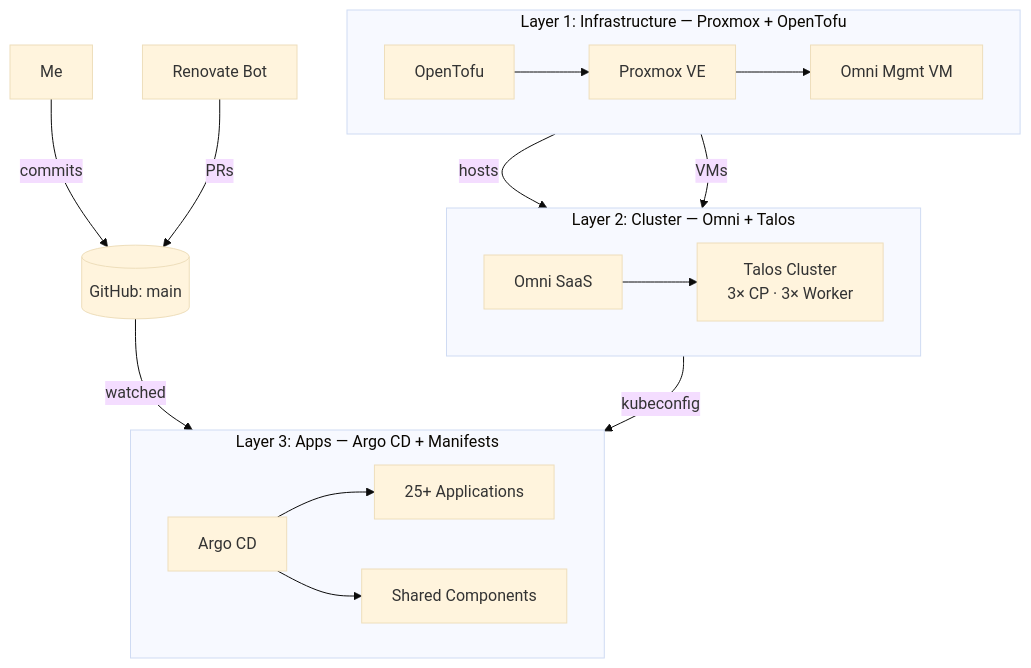
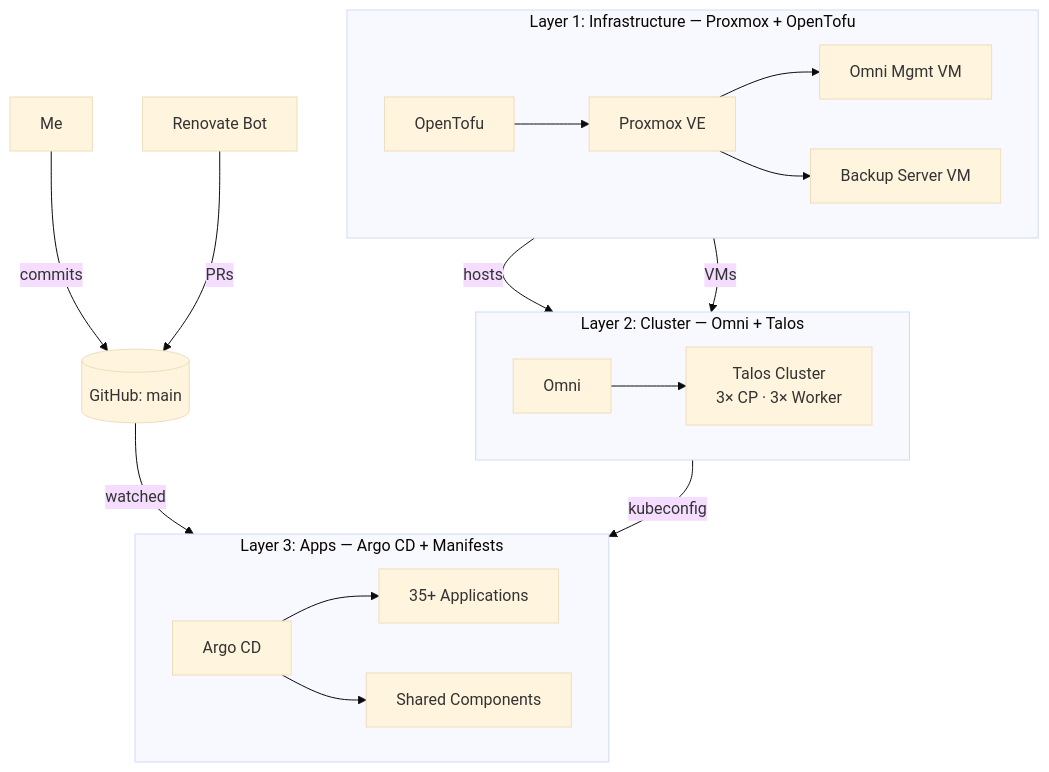
The first of 2 diagrams in README.md (alexander-zimmermann/lares), drawn with Mermaid (base theme) before and after one commit. The commit also changed other lines of this file, not shown here.

````diff
--- a/README.md
+++ b/README.md
@@ -92,37 +92,39 @@
 ```mermaid
 flowchart TB
     subgraph L3["Layer 3: Apps — Argo CD + Manifests"]
         direction LR
         argo[Argo CD]
-        apps[25+ Applications]
+        apps[35+ Applications]
         components[Shared Components]
         argo --> apps
         argo --> components
     end
     subgraph L2["Layer 2: Cluster — Omni + Talos"]
         direction LR
-        omni[Omni SaaS]
+        omni[Omni]
         talos[Talos Cluster<br/>3× CP · 3× Worker]
         omni --> talos
     end
     subgraph L1["Layer 1: Infrastructure — Proxmox + OpenTofu"]
         direction LR
         tofu[OpenTofu]
         pve[Proxmox VE]
         mgmt[Omni Mgmt VM]
+        pbs[Backup Server VM]
         tofu --> pve
         pve --> mgmt
+        pve --> pbs
     end
 
     L1 -- VMs --> L2
     L2 -- kubeconfig --> L3
 
     renovate[Renovate Bot]
     me[Me]
     repo[(GitHub: main)]
 
     me -- commits --> repo
     renovate -- PRs --> repo
     repo -- watched --> argo
     mgmt -- hosts --> omni
 ```
````
